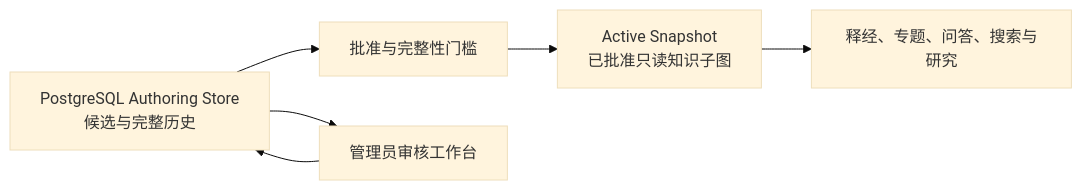
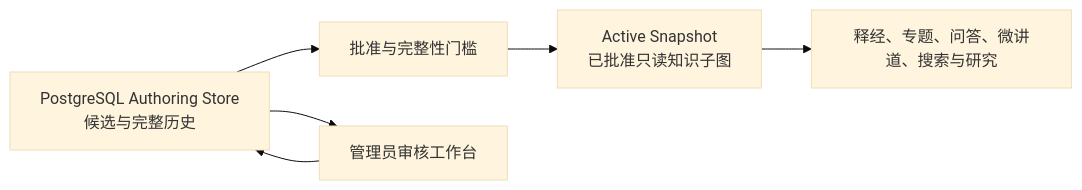
One commit to junyang168/smart-answer changed the seventh of 9 diagrams in docs/wang-knowledge-platform/knowledge_platform_design.md. Above: the diagram before and after it, drawn with Mermaid (base theme). The commit also changed other lines of this file and 158 other files, not shown here.

````diff
--- a/docs/wang-knowledge-platform/knowledge_platform_design.md
+++ b/docs/wang-knowledge-platform/knowledge_platform_design.md
@@ -360,8 +372,8 @@
 ```mermaid
 flowchart LR
     A["PostgreSQL Authoring Store<br/>候选与完整历史"] --> B["批准与完整性门槛"]
     B --> C["Active Snapshot<br/>已批准只读知识子图"]
-    C --> D["释经、专题、问答、搜索与研究"]
+    C --> D["释经、专题、问答、微讲道、搜索与研究"]
     A --> E["管理员审核工作台"]
     E --> A
 ```
````
